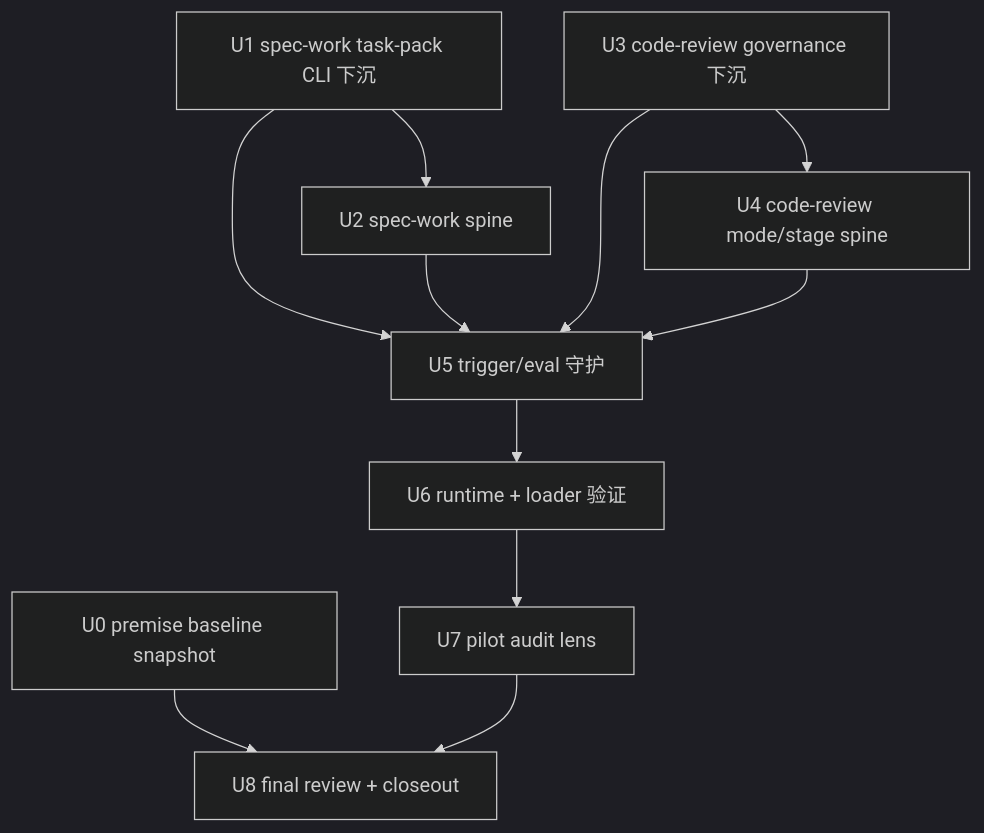
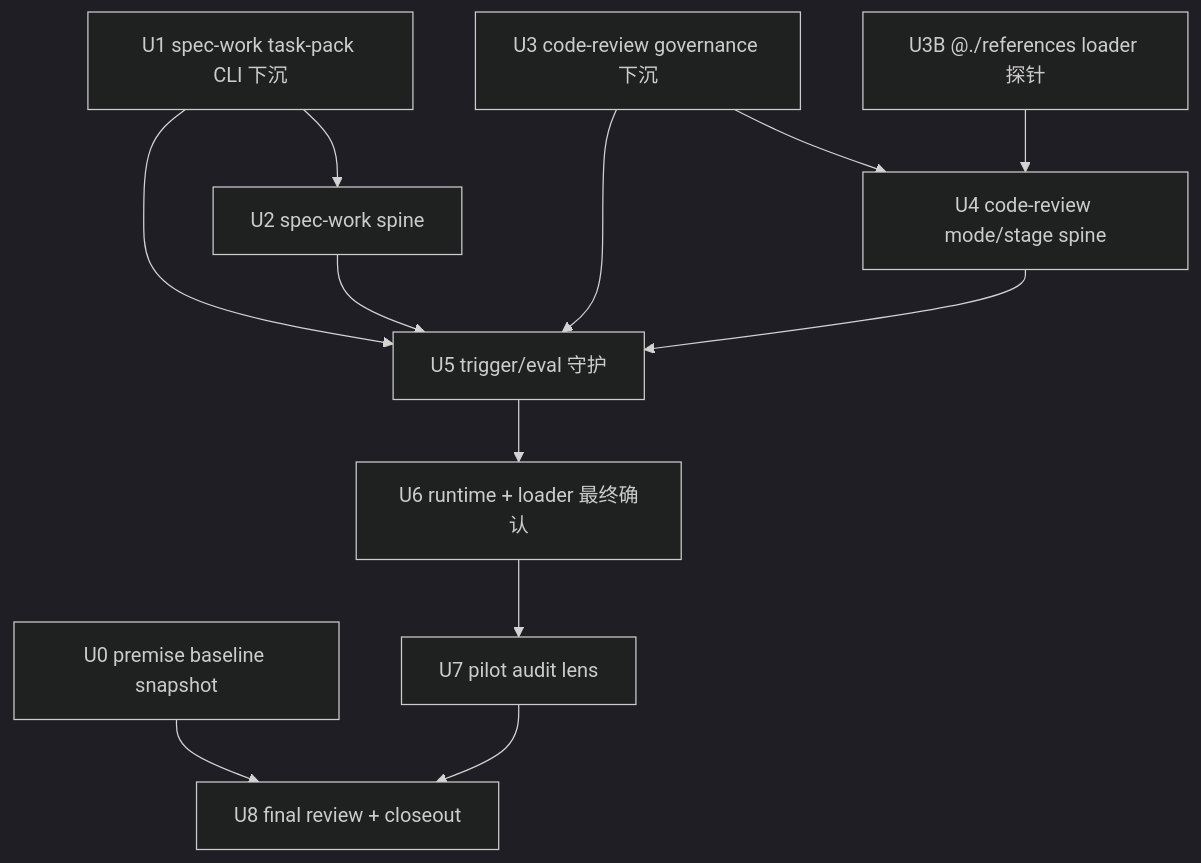
Before and after one commit to leo-kuang-ai/spec-first: the second of 2 diagrams in docs/plans/2026-07-06-001-refactor-skill-prompt-slimming-plan.md, drawn with Mermaid (dark theme). The commit also changed other lines of this file and 3 other files, not shown here.

````diff
--- a/docs/plans/2026-07-06-001-refactor-skill-prompt-slimming-plan.md
+++ b/docs/plans/2026-07-06-001-refactor-skill-prompt-slimming-plan.md
@@ -355,13 +358,14 @@
 ```mermaid
 flowchart TB
   U0["U0 premise baseline snapshot"] --> U8["U8 final review + closeout"]
   U1["U1 spec-work task-pack CLI 下沉"] --> U2["U2 spec-work spine"]
   U3["U3 code-review governance 下沉"] --> U4["U4 code-review mode/stage spine"]
+  U3B["U3B @./references loader 探针"] --> U4
   U1 --> U5["U5 trigger/eval 守护"]
   U2 --> U5
   U3 --> U5
   U4 --> U5
-  U5 --> U6["U6 runtime + loader 验证"]
+  U5 --> U6["U6 runtime + loader 最终确认"]
   U6 --> U7["U7 pilot audit lens"]
   U7 --> U8
 ```
````
